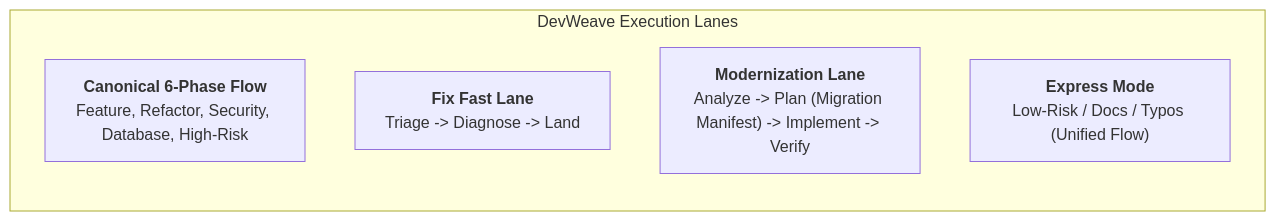
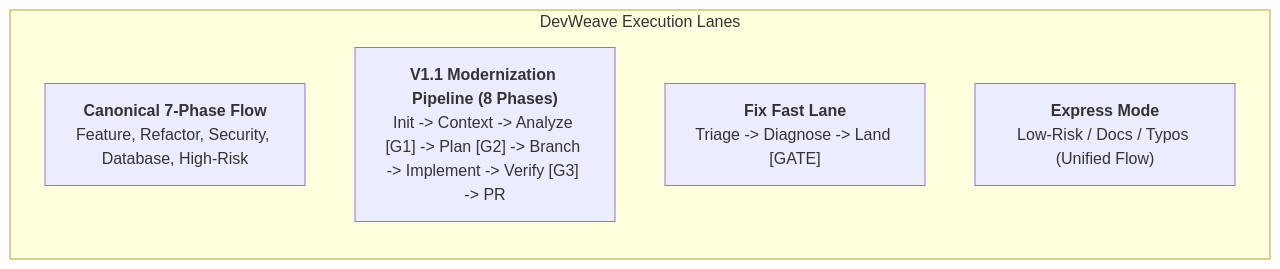
Before and after one commit to paarthivnaik/DevWeave: the first of 6 diagrams in docs/workflow-profiles.md, drawn with Mermaid. The commit also changed other lines of this file and 12 other files, not shown here.

````diff
--- a/docs/workflow-profiles.md
+++ b/docs/workflow-profiles.md
@@ -9,10 +9,10 @@
 ```mermaid
 flowchart TD
     subgraph LANES["DevWeave Execution Lanes"]
         direction TB
-        L1["<b>Canonical 6-Phase Flow</b><br>Feature, Refactor, Security, Database, High-Risk"]
-        L2["<b>Fix Fast Lane</b><br>Triage -> Diagnose -> Land"]
-        L3["<b>Modernization Lane</b><br>Analyze -> Plan (Migration Manifest) -> Implement -> Verify"]
+        L1["<b>Canonical 7-Phase Flow</b><br>Feature, Refactor, Security, Database, High-Risk"]
+        L2["<b>V1.1 Modernization Pipeline (8 Phases)</b><br>Init -> Context -> Analyze [G1] -> Plan [G2] -> Branch -> Implement -> Verify [G3] -> PR"]
+        L3["<b>Fix Fast Lane</b><br>Triage -> Diagnose -> Land [GATE]"]
         L4["<b>Express Mode</b><br>Low-Risk / Docs / Typos (Unified Flow)"]
     end
 ```
````
